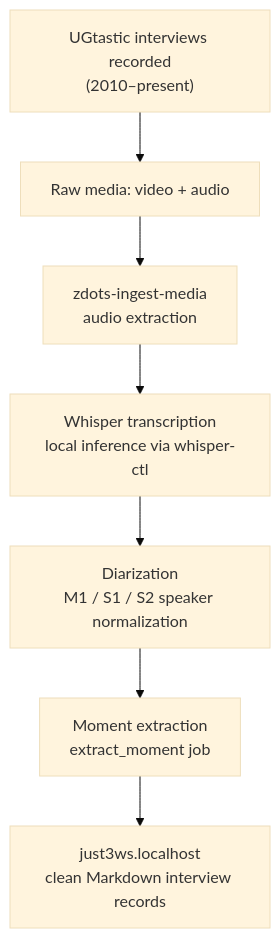
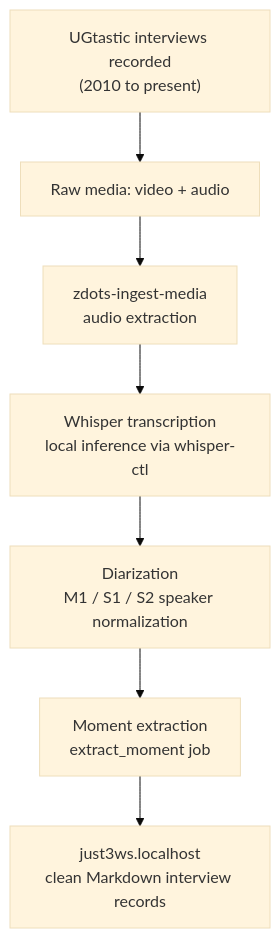
The first of 2 diagrams in _posts/2026-10-02-without-zdots-there-was-nothing.md (just3ws/just3ws.github.io), drawn with Mermaid (base theme) before and after one commit. The commit also changed other lines of this file and 40 other files, not shown here.

Commit message:
Calibrate Software Craftsmanship framing, SCMC 2-year transition, and Knowledge Graph memory

````diff
--- a/_posts/2026-10-02-without-zdots-there-was-nothing.md
+++ b/_posts/2026-10-02-without-zdots-there-was-nothing.md
@@ -81,9 +84,9 @@
 ```mermaid
 flowchart TD
-    A["UGtastic interviews recorded\n(2010–present)"] --> B["Raw media: video + audio"]
+    A["UGtastic interviews recorded\n(2010 to present)"] --> B["Raw media: video + audio"]
     B --> C["zdots-ingest-media\naudio extraction"]
     C --> D["Whisper transcription\nlocal inference via whisper-ctl"]
     D --> E["Diarization\nM1 / S1 / S2 speaker normalization"]
     E --> F["Moment extraction\nextract_moment job"]
     F --> G["just3ws.localhost\nclean Markdown interview records"]
 ```
````
